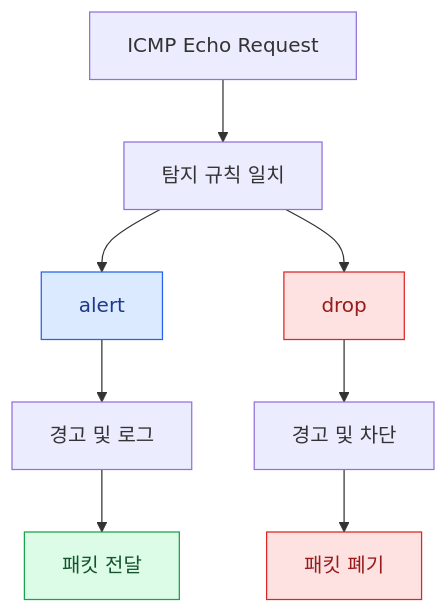
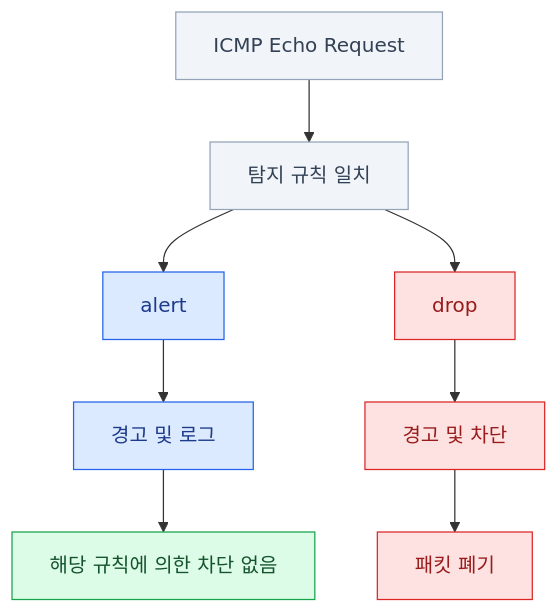
The fifth of 6 diagrams in _posts/2026-11-27-ids-ips.md (jjihhwaan/jjihhwaan.github.io), drawn with Mermaid before and after one commit. The commit also changed other lines of this file, not shown here.

````diff
--- a/_posts/2026-11-27-ids-ips.md
+++ b/_posts/2026-11-27-ids-ips.md
@@ -881,18 +999,20 @@
 ```mermaid
 flowchart TB
     A["ICMP Echo Request"] --> B["탐지 규칙 일치"]
-
     B --> C["alert"]
     B --> D["drop"]
-
     C --> E["경고 및 로그"]
     D --> F["경고 및 차단"]
-
-    E --> G["패킷 전달"]
+    E --> G["해당 규칙에 의한 차단 없음"]
     F --> H["패킷 폐기"]
 
-    style C fill:#dbeafe,stroke:#2563eb,color:#1e3a8a
-    style D fill:#fee2e2,stroke:#dc2626,color:#991b1b
-    style G fill:#dcfce7,stroke:#16a34a,color:#14532d
-    style H fill:#fee2e2,stroke:#dc2626,color:#991b1b
+    classDef normal fill:#f1f5f9,stroke:#94a3b8,color:#334155
+    classDef inspect fill:#dbeafe,stroke:#2563eb,color:#1e3a8a
+    classDef allow fill:#dcfce7,stroke:#16a34a,color:#14532d
+    classDef block fill:#fee2e2,stroke:#dc2626,color:#991b1b
+
+    class A,B normal
+    class C,E inspect
+    class G allow
+    class D,F,H block
 ```
````
